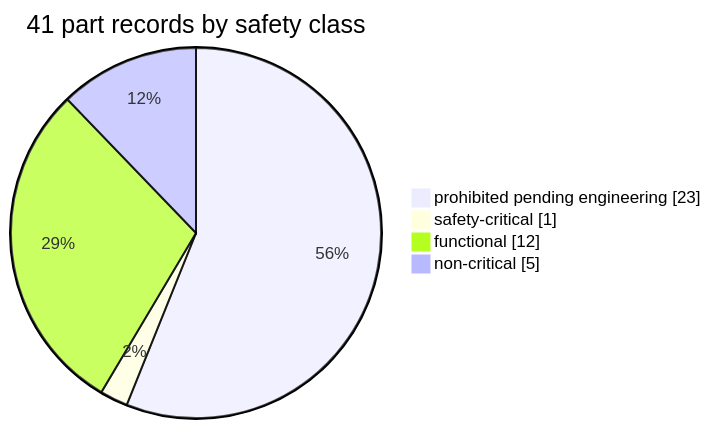
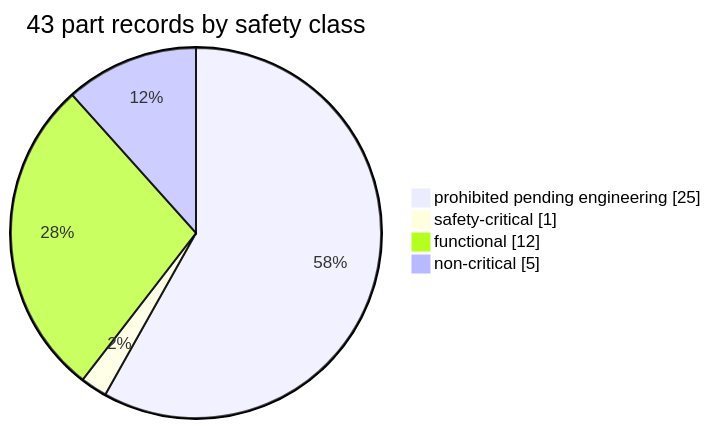
Before and after one commit to cluster2600/porscheparts: the second of 4 diagrams in README.md, drawn with Mermaid. The commit also changed other lines of this file and 39 other files, not shown here.

````diff
--- a/README.md
+++ b/README.md
@@ -299,7 +299,7 @@
 ```mermaid
-pie showData title 41 part records by safety class
-    "prohibited pending engineering" : 23
+pie showData title 43 part records by safety class
+    "prohibited pending engineering" : 25
     "safety-critical" : 1
     "functional" : 12
     "non-critical" : 5
 ```
````
